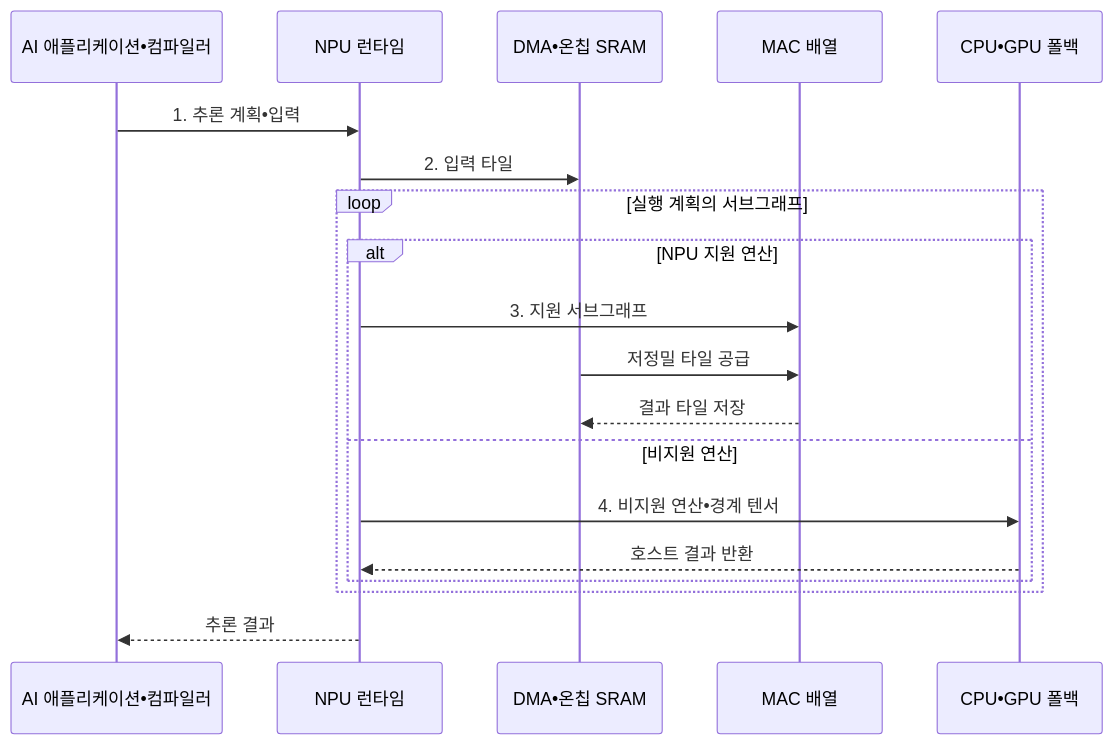
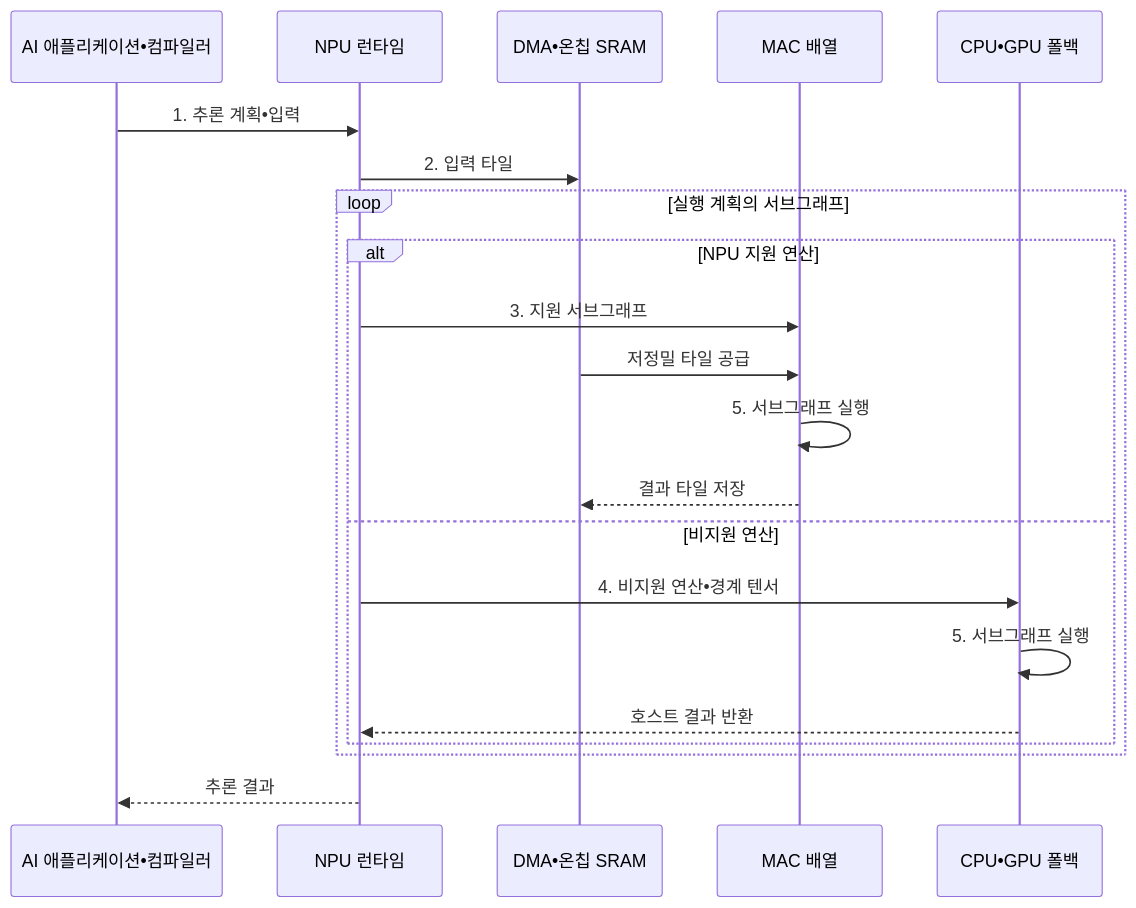
Before and after one commit to agnusdei1207/knowledge-base: the second of 2 diagrams in src/content/docs/notes/02-hardware/044_neural_processing_unit.md, drawn with Mermaid. The commit also changed other lines of this file and 14 other files, not shown here.

````diff
--- a/src/content/docs/notes/02-hardware/044_neural_processing_unit.md
+++ b/src/content/docs/notes/02-hardware/044_neural_processing_unit.md
@@ -104,22 +104,24 @@
 ```mermaid
 sequenceDiagram
     participant A as AI 애플리케이션•컴파일러
     participant R as NPU 런타임
     participant M as DMA•온칩 SRAM
     participant N as MAC 배열
     participant H as CPU•GPU 폴백
 
     A->>R: 1. 추론 계획•입력
     R->>M: 2. 입력 타일
     loop 실행 계획의 서브그래프
         alt NPU 지원 연산
             R->>N: 3. 지원 서브그래프
             M->>N: 저정밀 타일 공급
+            N->>N: 5. 서브그래프 실행
             N-->>M: 결과 타일 저장
         else 비지원 연산
             R->>H: 4. 비지원 연산•경계 텐서
+            H->>H: 5. 서브그래프 실행
             H-->>R: 호스트 결과 반환
         end
     end
     R-->>A: 추론 결과
 ```
````
